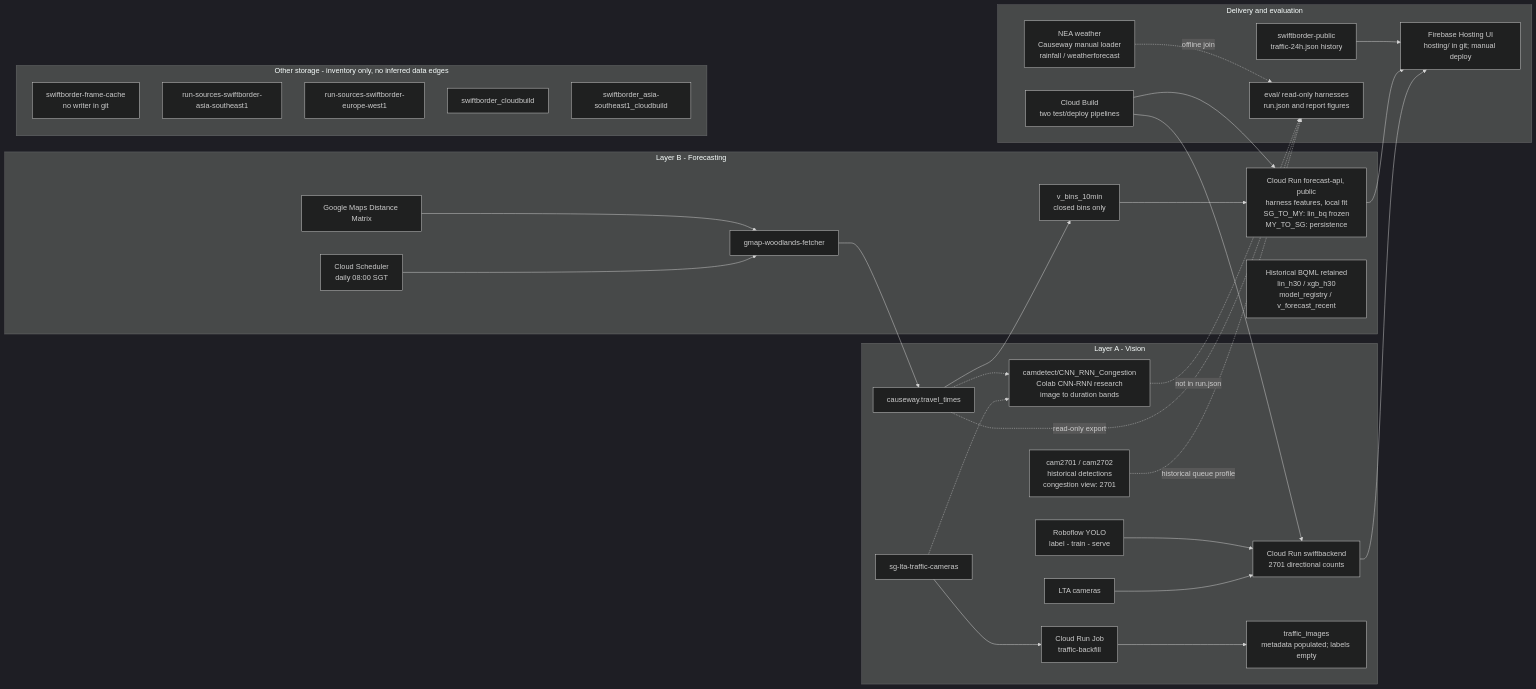
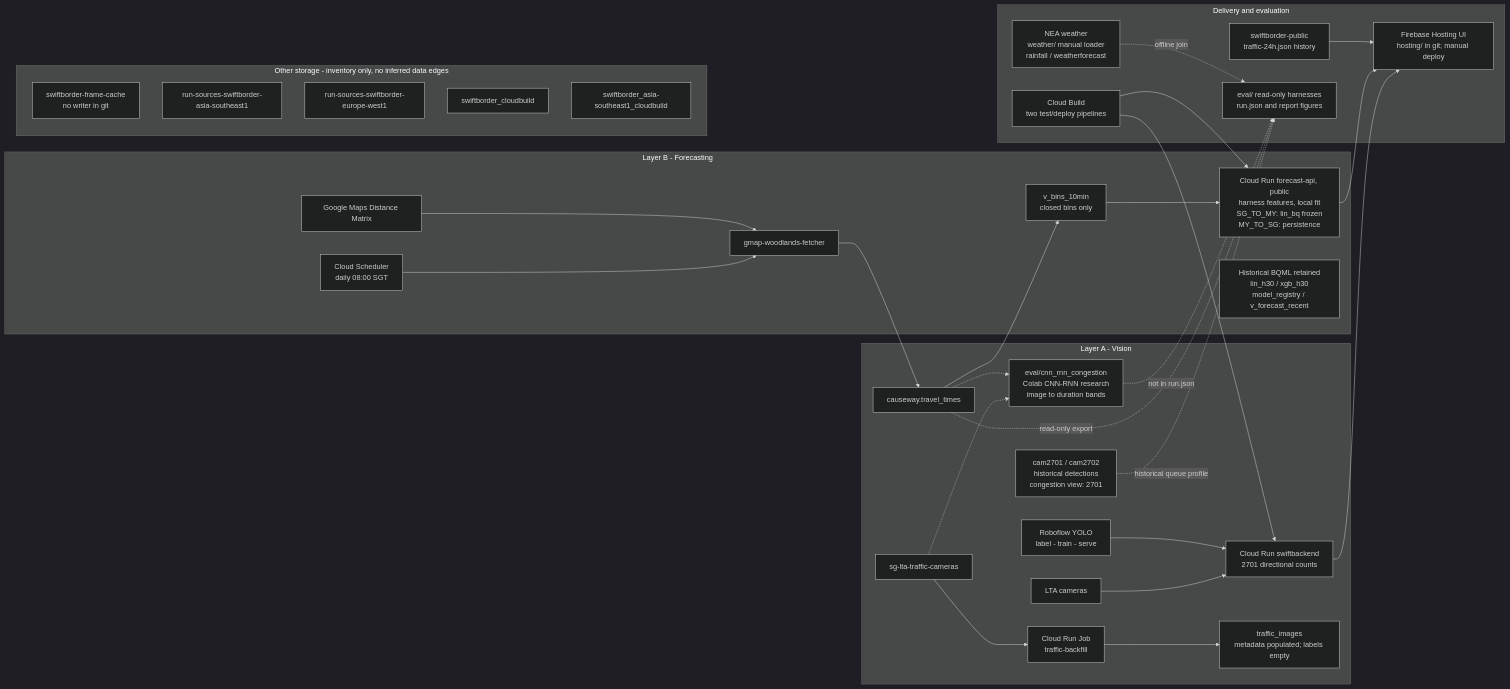
One commit to sozuken-max/swiftborder changed the diagram in docs/diagrams/architecture-detailed.mmd. Above: the diagram before and after it, drawn with Mermaid (dark theme). The commit also changed 175 other files, not shown here.

```diff
--- a/docs/diagrams/architecture-detailed.mmd
+++ b/docs/diagrams/architecture-detailed.mmd
@@ -1,39 +1,39 @@
 flowchart LR
   subgraph LA["Layer A - Vision"]
     LTA["LTA cameras"] --> SB["Cloud Run swiftbackend<br/>2701 directional counts"]
     RF["Roboflow YOLO<br/>label - train - serve"] --> SB
     CAM["sg-lta-traffic-cameras"] --> JOB["Cloud Run Job<br/>traffic-backfill"]
     JOB --> META["traffic_images<br/>metadata populated; labels empty"]
     HIST["cam2701 / cam2702<br/>historical detections<br/>congestion view: 2701"]
-    CNNRNN["camdetect/CNN_RNN_Congestion<br/>Colab CNN-RNN research<br/>image to duration bands"]
+    CNNRNN["eval/cnn_rnn_congestion<br/>Colab CNN-RNN research<br/>image to duration bands"]
     CAM -.-> CNNRNN
     TT -.-> CNNRNN
   end
   subgraph LB["Layer B - Forecasting"]
     SCH["Cloud Scheduler<br/>daily 08:00 SGT"] --> ING["gmap-woodlands-fetcher"]
     MAPS["Google Maps Distance Matrix"] --> ING
     ING --> TT["causeway.travel_times"]
     TT --> FEATURES["v_bins_10min<br/>closed bins only"]
     FEATURES --> API["Cloud Run forecast-api, public<br/>harness features, local fit<br/>SG_TO_MY: lin_bq frozen<br/>MY_TO_SG: persistence"]
     LEGACY["Historical BQML retained<br/>lin_h30 / xgb_h30<br/>model_registry / v_forecast_recent"]
   end
   subgraph DELIVERY["Delivery and evaluation"]
     BUILD["Cloud Build<br/>two test/deploy pipelines"] --> SB
     BUILD --> API
     UI["Firebase Hosting UI<br/>hosting/ in git; manual deploy"]
     SB --> UI
     API --> UI
     PUB["swiftborder-public<br/>traffic-24h.json history"] --> UI
     EVAL["eval/ read-only harnesses<br/>run.json and report figures"]
-    WX["NEA weather<br/>Causeway manual loader<br/>rainfall / weatherforecast"] -.->|"offline join"| EVAL
+    WX["NEA weather<br/>weather/ manual loader<br/>rainfall / weatherforecast"] -.->|"offline join"| EVAL
     HIST -.->|"historical queue profile"| EVAL
     TT -.->|"read-only export"| EVAL
     CNNRNN -.->|"not in run.json"| EVAL
   end
   subgraph STORAGE["Other storage - inventory only, no inferred data edges"]
     CACHE["swiftborder-frame-cache<br/>no writer in git"]
     RS1["run-sources-swiftborder-asia-southeast1"]
     RS2["run-sources-swiftborder-europe-west1"]
     CB["swiftborder_cloudbuild"]
     CBA["swiftborder_asia-southeast1_cloudbuild"]
   end
```
